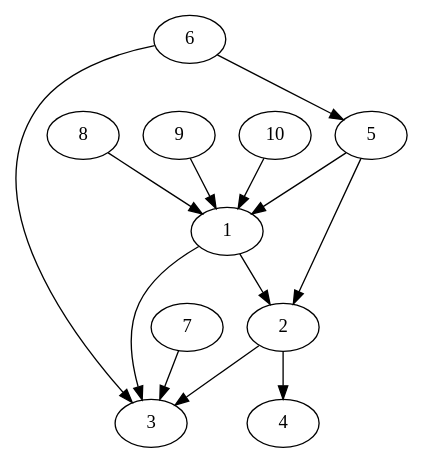
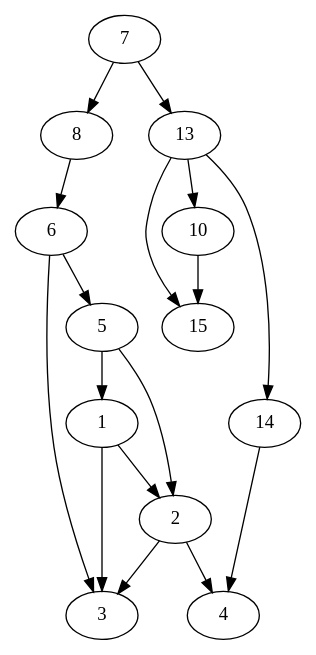
The diagram in src/output/dot/all.dot (hoanghailongvn/HUST_OOP), drawn with Graphviz before and after one commit. The commit also changed 8 other files, not shown here.

```diff
--- a/src/output/dot/all.dot
+++ b/src/output/dot/all.dot
@@ -1,14 +1,18 @@
 strict digraph myGraph {
 1 -> 2
 1 -> 3
 2 -> 3
 2 -> 4
 5 -> 1
 5 -> 2
 6 -> 3
 6 -> 5
-7 -> 3
-8 -> 1
-9 -> 1
-10 -> 1
+7 -> 8
+13 -> 14
+8 -> 6
+7 -> 13
+14 -> 4
+13 -> 15
+13 -> 10
+10 -> 15
 }
```
